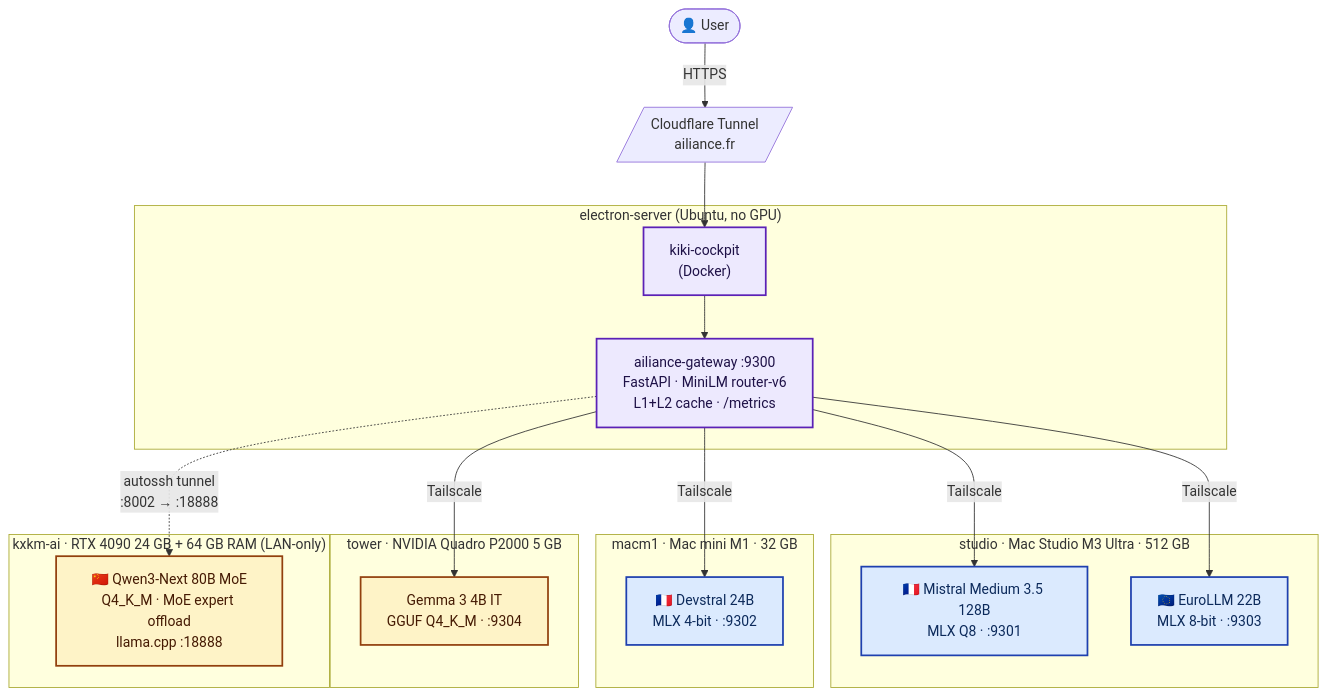
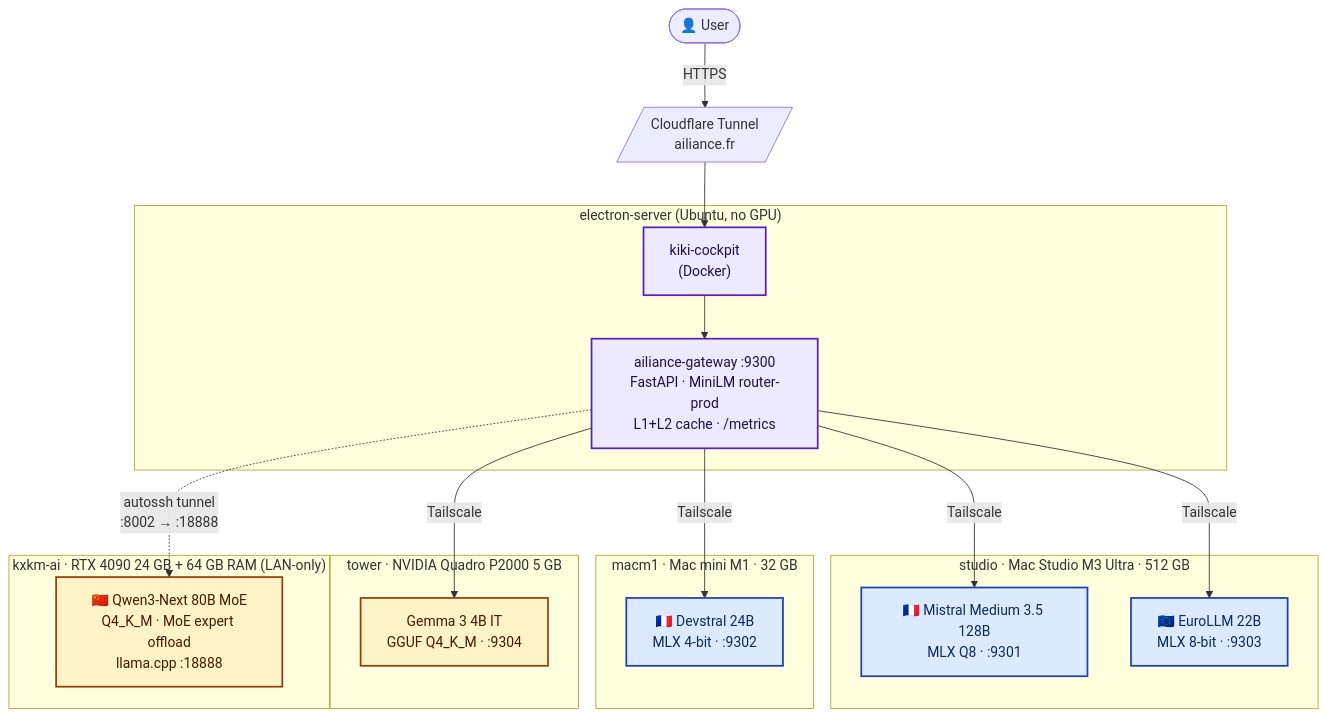
The first of 6 diagrams in README.md (ailiance/ailiance), drawn with Mermaid before and after one commit. The commit also changed other lines of this file and 2 other files, not shown here.

First line of the commit message:
docs(router): fix router-v6 and 32-domain drift

````diff
--- a/README.md
+++ b/README.md
@@ -36,43 +36,43 @@
 ```mermaid
 flowchart TB
     user([👤 User])
     cf[/"Cloudflare Tunnel<br/>ailiance.fr"/]
 
     subgraph electron["electron-server (Ubuntu, no GPU)"]
         cockpit["kiki-cockpit<br/>(Docker)"]
-        gateway["ailiance-gateway :9300<br/>FastAPI · MiniLM router-v6<br/>L1+L2 cache · /metrics"]
+        gateway["ailiance-gateway :9300<br/>FastAPI · MiniLM router-prod<br/>L1+L2 cache · /metrics"]
         cockpit --> gateway
     end
 
     user -->|HTTPS| cf --> cockpit
 
     subgraph studio["studio · Mac Studio M3 Ultra · 512 GB"]
         apertus["🇫🇷 Mistral Medium 3.5 128B<br/>MLX Q8 · :9301"]
         eurollm["🇪🇺 EuroLLM 22B<br/>MLX 8-bit · :9303"]
     end
 
     subgraph macm1["macm1 · Mac mini M1 · 32 GB"]
         devstral["🇫🇷 Devstral 24B<br/>MLX 4-bit · :9302"]
     end
 
     subgraph tower["tower · NVIDIA Quadro P2000 5 GB"]
         gemma["Gemma 3 4B IT<br/>GGUF Q4_K_M · :9304"]
     end
 
     subgraph kxkm["kxkm-ai · RTX 4090 24 GB + 64 GB RAM (LAN-only)"]
         qwen["🇨🇳 Qwen3-Next 80B MoE<br/>Q4_K_M · MoE expert offload<br/>llama.cpp :18888"]
     end
 
     gateway -->|Tailscale| apertus
     gateway -->|Tailscale| devstral
     gateway -->|Tailscale| eurollm
     gateway -->|Tailscale| gemma
     gateway -.->|"autossh tunnel<br/>:8002 → :18888"| qwen
 
     classDef sov fill:#dbeafe,stroke:#1e40af,stroke-width:2px,color:#0c2a5b
     classDef ext fill:#fef3c7,stroke:#92400e,stroke-width:2px,color:#451a03
     classDef gw fill:#ede9fe,stroke:#5b21b6,stroke-width:2px,color:#1e1147
     class apertus,devstral,eurollm sov
     class gemma,qwen ext
     class gateway,cockpit gw
 ```
````
